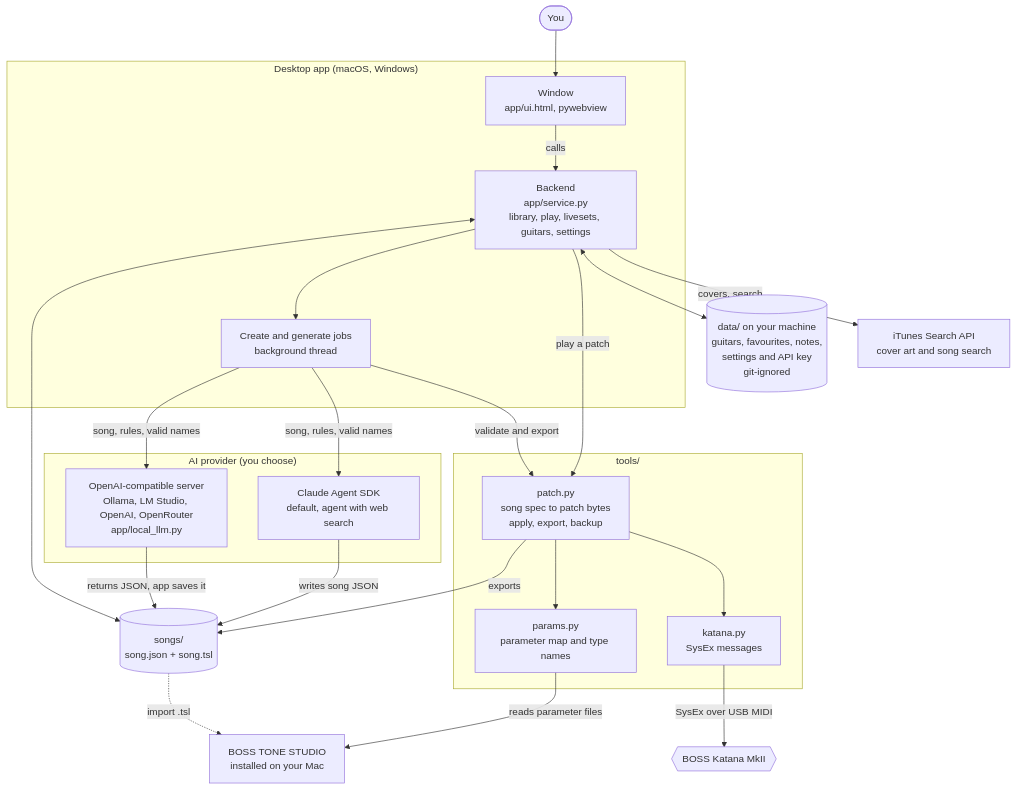
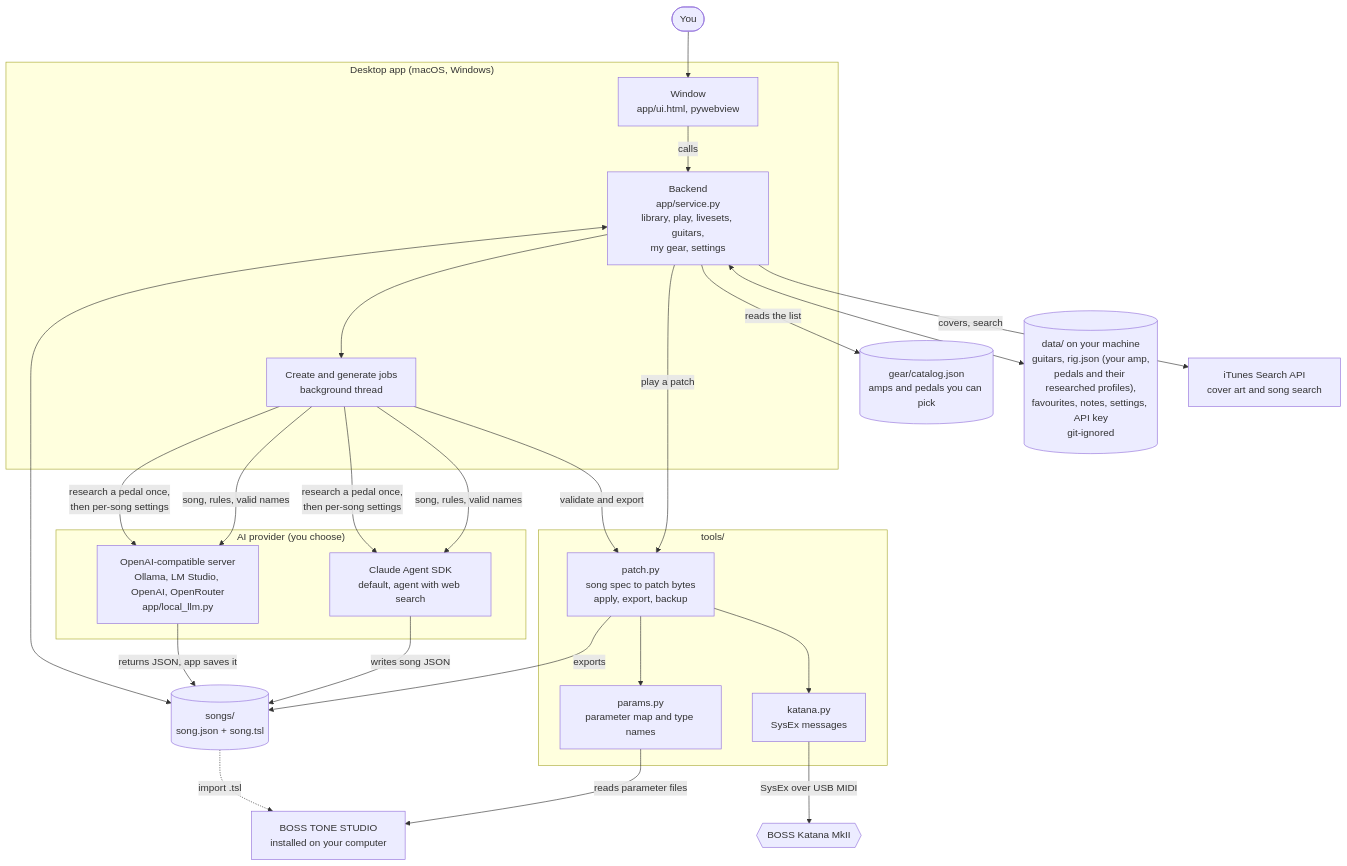
Before and after one commit to fischerp/tonenai: the first of 2 diagrams in README.md, drawn with Mermaid. The commit also changed other lines of this file, not shown here.

First line of the commit message:
README: update the architecture chart, folder table, launch steps and roadmap

````diff
--- a/README.md
+++ b/README.md
@@ -76,42 +76,46 @@
 ```mermaid
 flowchart TB
     YOU(["You"])
     subgraph APP["Desktop app (macOS, Windows)"]
         UI["Window<br/>app/ui.html, pywebview"]
-        SVC["Backend<br/>app/service.py<br/>library, play, livesets, guitars, settings"]
+        SVC["Backend<br/>app/service.py<br/>library, play, livesets, guitars,<br/>my gear, settings"]
         JOB["Create and generate jobs<br/>background thread"]
     end
     subgraph AIL["AI provider (you choose)"]
         CL["Claude Agent SDK<br/>default, agent with web search"]
         OA["OpenAI-compatible server<br/>Ollama, LM Studio, OpenAI, OpenRouter<br/>app/local_llm.py"]
     end
     subgraph TOOLS["tools/"]
         PATCH["patch.py<br/>song spec to patch bytes<br/>apply, export, backup"]
         PARAMS["params.py<br/>parameter map and type names"]
         KAT["katana.py<br/>SysEx messages"]
     end
     SONGS[("songs/<br/>song.json + song.tsl")]
-    DATA[("data/ on your machine<br/>guitars, favourites, notes,<br/>settings and API key<br/>git-ignored")]
-    TS["BOSS TONE STUDIO<br/>installed on your Mac"]
+    GEAR[("gear/catalog.json<br/>amps and pedals you can pick")]
+    DATA[("data/ on your machine<br/>guitars, rig.json (your amp,<br/>pedals and their researched profiles),<br/>favourites, notes, settings, API key<br/>git-ignored")]
+    TS["BOSS TONE STUDIO<br/>installed on your computer"]
     AMP{{"BOSS Katana MkII"}}
     ITUNES["iTunes Search API<br/>cover art and song search"]
 
     YOU --> UI
     UI -->|"calls"| SVC
     SVC --> JOB
     JOB -->|"song, rules, valid names"| CL
     JOB -->|"song, rules, valid names"| OA
     CL -->|"writes song JSON"| SONGS
     OA -->|"returns JSON, app saves it"| SONGS
     SVC <--> SONGS
     SVC <--> DATA
+    SVC -->|"reads the list"| GEAR
+    JOB -->|"research a pedal once,<br/>then per-song settings"| CL
+    JOB -->|"research a pedal once,<br/>then per-song settings"| OA
     SVC -->|"play a patch"| PATCH
     JOB -->|"validate and export"| PATCH
     PATCH --> PARAMS
     PARAMS -->|"reads parameter files"| TS
     PATCH --> KAT
     KAT -->|"SysEx over USB MIDI"| AMP
     PATCH -->|"exports"| SONGS
     SONGS -.->|"import .tsl"| TS
     SVC -->|"covers, search"| ITUNES
 ```
````
